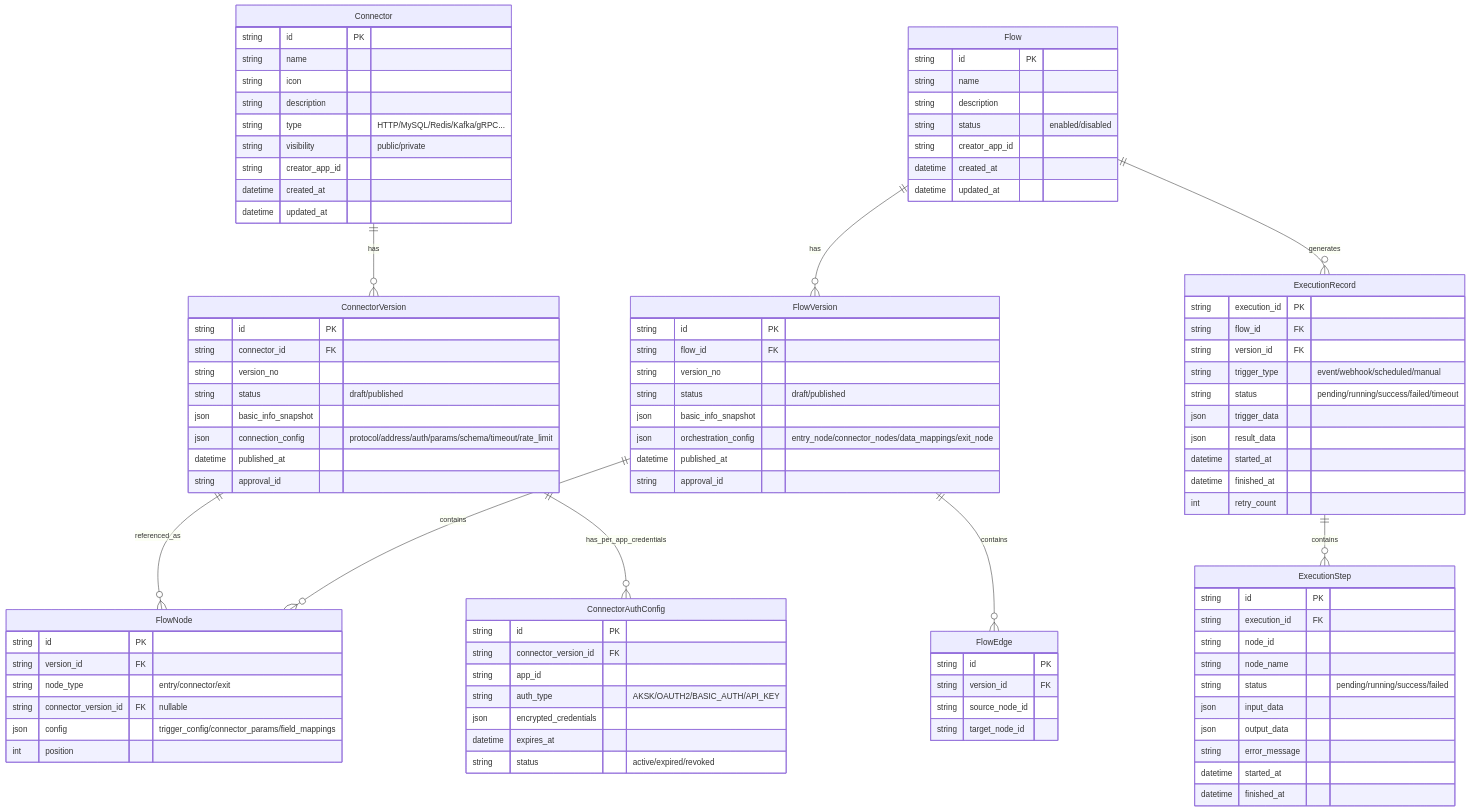
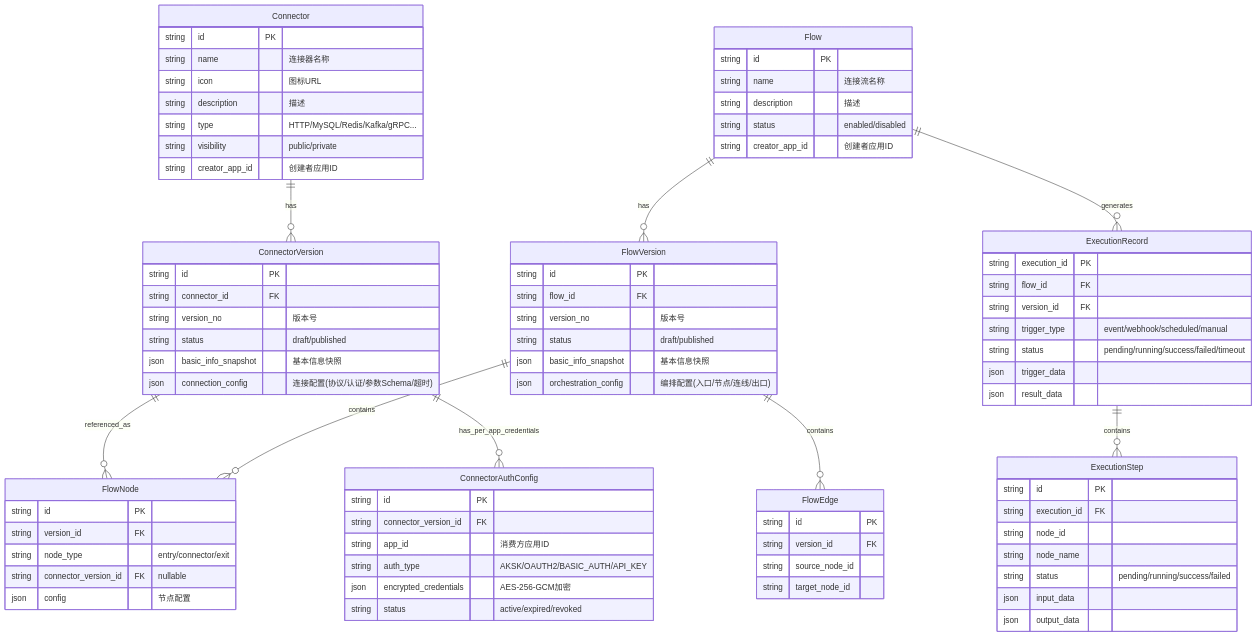
One commit to THZSummer/open-app changed the fifth of 5 diagrams in .sddu/specs-tree-root/specs-tree-connector-platform/plan.md. Above: the diagram before and after it, drawn with Mermaid. The commit also changed other lines of this file and 2 other files, not shown here.

````diff
--- a/.sddu/specs-tree-root/specs-tree-connector-platform/plan.md
+++ b/.sddu/specs-tree-root/specs-tree-connector-platform/plan.md
@@ -224,73 +460,58 @@
 erDiagram
     Connector ||--o{ ConnectorVersion : has
     ConnectorVersion ||--o{ FlowNode : referenced_as
+    ConnectorVersion ||--o{ ConnectorAuthConfig : has_per_app_credentials
     Flow ||--o{ FlowVersion : has
     FlowVersion ||--o{ FlowNode : contains
     FlowVersion ||--o{ FlowEdge : contains
     Flow ||--o{ ExecutionRecord : generates
     ExecutionRecord ||--o{ ExecutionStep : contains
-    ConnectorVersion ||--o{ ConnectorAuthConfig : has_per_app_credentials
 
     Connector {
         string id PK
-        string name
-        string icon
-        string description
+        string name "连接器名称"
+        string icon "图标URL"
+        string description "描述"
         string type "HTTP/MySQL/Redis/Kafka/gRPC..."
         string visibility "public/private"
-        string creator_app_id
-        datetime created_at
-        datetime updated_at
+        string creator_app_id "创建者应用ID"
     }
-
     ConnectorVersion {
         string id PK
         string connector_id FK
-        string version_no
+        string version_no "版本号"
         string status "draft/published"
-        json basic_info_snapshot
-        json connection_config "protocol/address/auth/params/schema/timeout/rate_limit"
-        datetime published_at
-        string approval_id
+        json basic_info_snapshot "基本信息快照"
+        json connection_config "连接配置(协议/认证/参数Schema/超时)"
     }
-
     Flow {
         string id PK
-        string name
-        string description
+        string name "连接流名称"
+        string description "描述"
         string status "enabled/disabled"
-        string creator_app_id
-        datetime created_at
-        datetime updated_at
+        string creator_app_id "创建者应用ID"
     }
-
     FlowVersion {
         string id PK
         string flow_id FK
-        string version_no
+        string version_no "版本号"
         string status "draft/published"
-        json basic_info_snapshot
-        json orchestration_config "entry_node/connector_nodes/data_mappings/exit_node"
-        datetime published_at
-        string approval_id
+        json basic_info_snapshot "基本信息快照"
+        json orchestration_config "编排配置(入口/节点/连线/出口)"
     }
-
     FlowNode {
         string id PK
         string version_id FK
         string node_type "entry/connector/exit"
         string connector_version_id FK "nullable"
-        json config "trigger_config/connector_params/field_mappings"
-        int position
+        json config "节点配置"
     }
-
     FlowEdge {
         string id PK
         string version_id FK
         string source_node_id
         string target_node_id
     }
-
     ExecutionRecord {
         string execution_id PK
         string flow_id FK
@@ -299,11 +520,7 @@
         string status "pending/running/success/failed/timeout"
         json trigger_data
         json result_data
-        datetime started_at
-        datetime finished_at
-        int retry_count
     }
-
     ExecutionStep {
         string id PK
         string execution_id FK
@@ -312,18 +529,13 @@
         string status "pending/running/success/failed"
         json input_data
         json output_data
-        string error_message
-        datetime started_at
-        datetime finished_at
     }
-
     ConnectorAuthConfig {
         string id PK
         string connector_version_id FK
-        string app_id
+        string app_id "消费方应用ID"
         string auth_type "AKSK/OAUTH2/BASIC_AUTH/API_KEY"
-        json encrypted_credentials
-        datetime expires_at
+        json encrypted_credentials "AES-256-GCM加密"
         string status "active/expired/revoked"
     }
 ```
````
